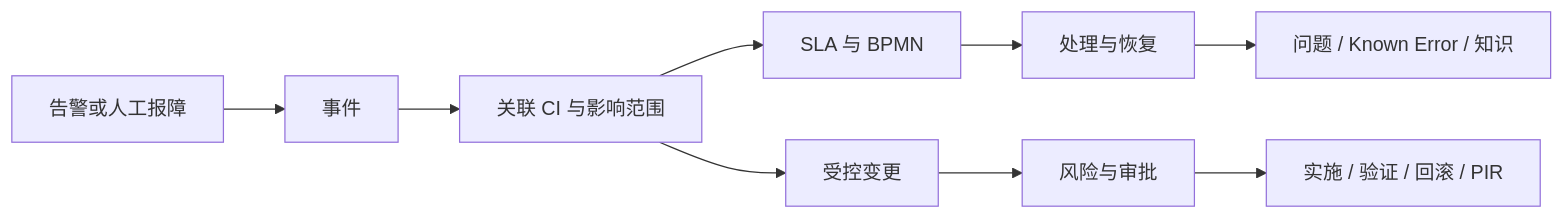
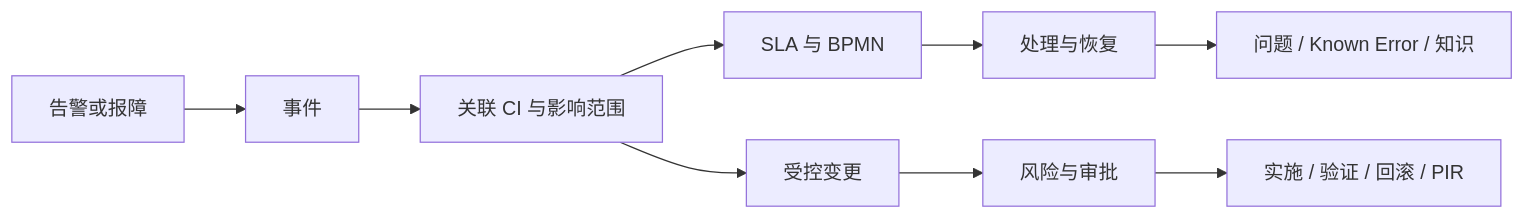
One commit to heidsoft/itsm changed the first of 2 diagrams in README.md. Above: the diagram before and after it, drawn with Mermaid. The commit also changed other lines of this file and 11 other files, not shown here.

First line of the commit message:
docs(readme): 更新 README 文案 + 替换生产环境截图 + 修正协议引用

````diff
--- a/README.md
+++ b/README.md
@@ -307,11 +295,11 @@
 ```mermaid
 flowchart LR
-    A[告警或人工报障] --> B[事件]
+    A[告警或报障] --> B[事件]
     B --> C[关联 CI 与影响范围]
     C --> D[SLA 与 BPMN]
     D --> E[处理与恢复]
     E --> F[问题 / Known Error / 知识]
     C --> G[受控变更]
     G --> H[风险与审批]
     H --> I[实施 / 验证 / 回滚 / PIR]
 ```
````
